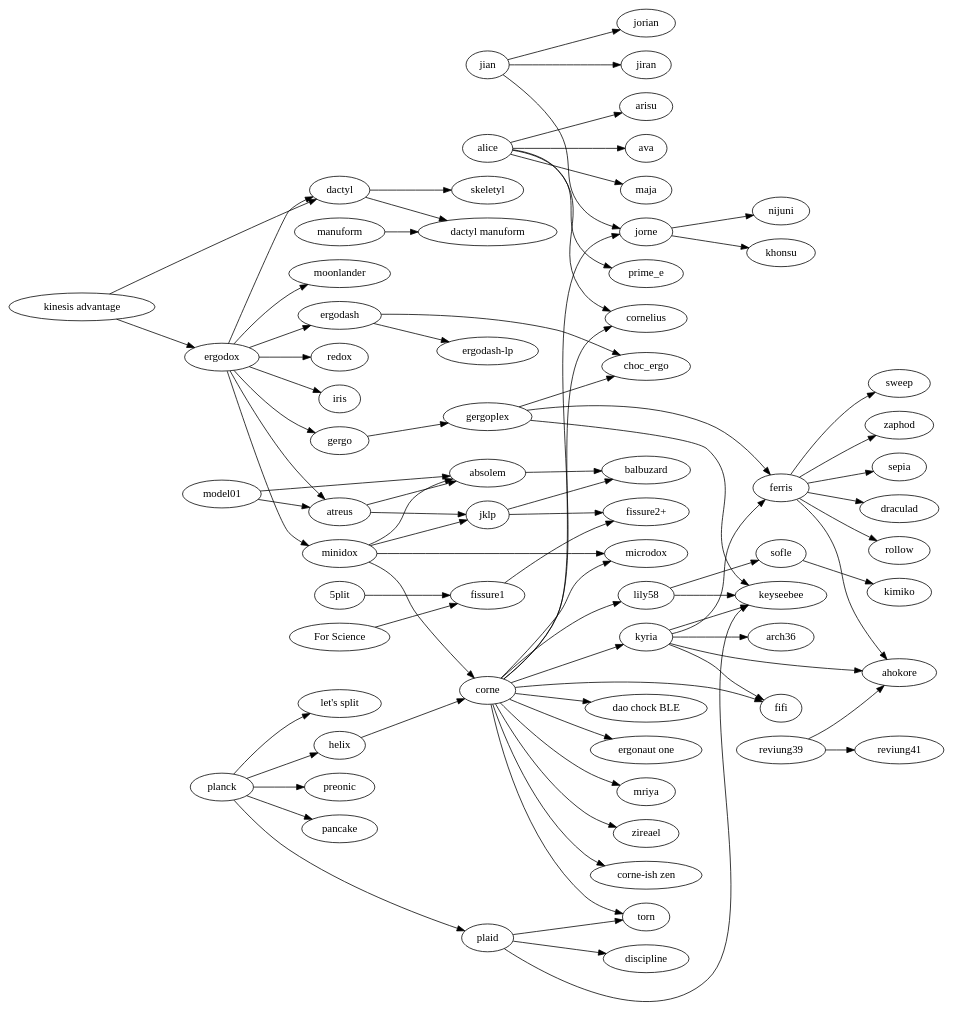
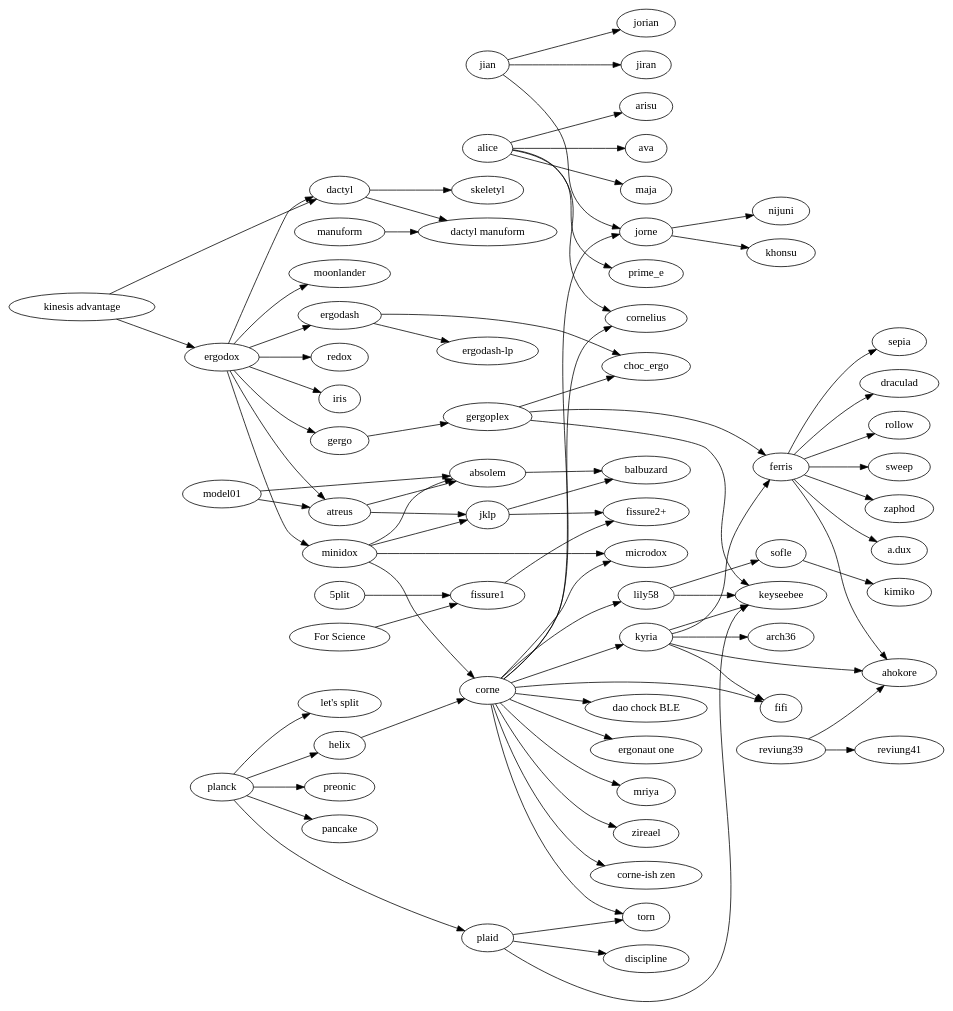
One commit to joric/graph changed the diagram in tree.gv. Above: the diagram before and after it, drawn with Graphviz.

```diff
--- a/tree.gv
+++ b/tree.gv
@@ -1,149 +1,150 @@
 digraph {
   rankdir=LR;
 
   subgraph splits {
     helix -> corne;
 
     jian -> {
       jorian;
       jorne;
       jiran;
     }
 
     jorne -> {
       nijuni;
       khonsu;
     }
 
     corne -> {
       "corne-ish zen";
       cornelius;
       fifi;
       kyria;
       lily58;
       microdox;
       torn;
       jorne;
       "dao chock BLE";
       "ergonaut one";
       mriya;
       zireael;
     };
 
     lily58 -> {
       keyseebee;
       sofle;
     };
 
     kyria -> {
         ahokore;
         arch36;
         ferris;
         fifi;
         keyseebee;
     };
 
     "kinesis advantage" -> {
       ergodox;
       dactyl;
     };
 
     ergodox -> {
       atreus;
       dactyl;
       ergodash;
       gergo;
       iris;
       minidox;
       moonlander;
       redox;
     };
 
     ergodash -> {
       "ergodash-lp";
       choc_ergo;
     };
 
     gergo -> gergoplex;
     gergoplex -> {
       choc_ergo;
       ferris;
       keyseebee;
     };
 
     ferris -> {
       ahokore;
       sepia;
       draculad;
       rollow;
       sweep;
       zaphod;
+      "a.dux";
     };
 
     manuform -> "dactyl manuform";
 
     minidox -> {
       absolem;
       corne;
       microdox;
       jklp;
     };
 
     model01 -> {
       absolem;
       atreus;
     };
 
     sofle -> kimiko;
 
     "5plit" -> "fissure1";
     "For Science" -> "fissure1";
     fissure1 -> "fissure2+";
     jklp -> "fissure2+";
   }
 
   subgraph unibody {
     atreus -> {
       absolem;
       jklp;
     };
     jklp -> balbuzard;
     absolem -> balbuzard;
     reviung39 -> {
       ahokore;
       reviung41;
     };
   };
 
   subgraph ortholinear {
     plaid -> {
       discipline;
       keyseebee;
       torn;
     };
     planck -> {
       helix;
       "let's split";
       plaid;
       preonic;
       pancake;
     };
   }
 
   subgraph {
     dactyl -> {
       "dactyl manuform";
       skeletyl;
     }
   }
 
   subgraph alicefamily {
     alice -> {
       arisu;
       ava;
       cornelius;
       maja;
       prime_e;
     }
   }
 }
```
